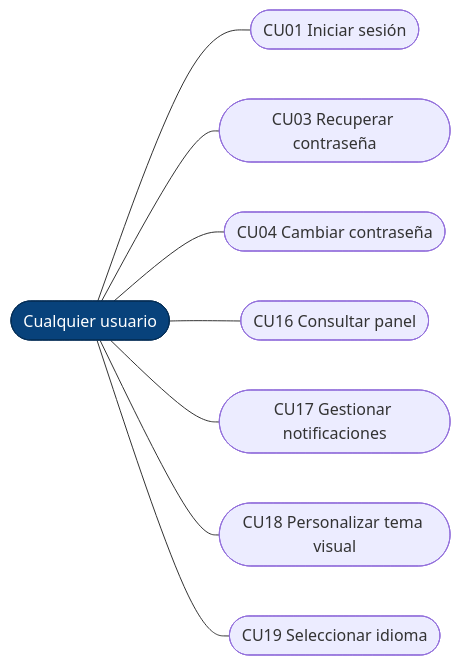
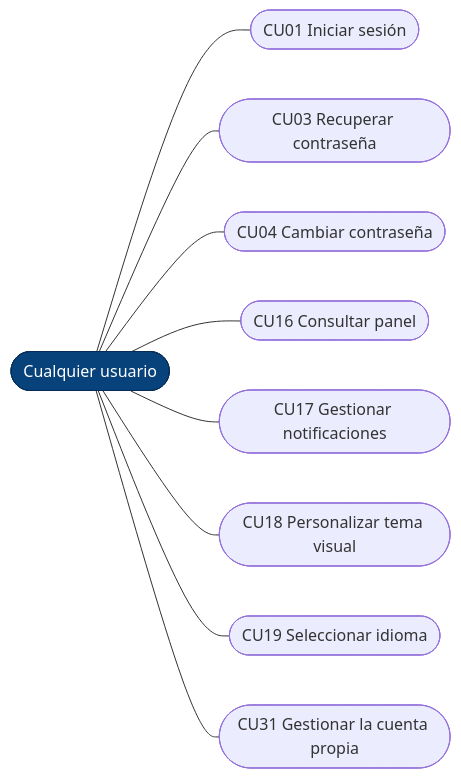
Before and after one commit to BrayanCABRERA123/lavarapido-docs: the first of 26 diagrams in 02_DOCUMENTACION_DE_ANALISIS_DEL_SOFTWARE/ES/MD/documentacion-de-analisis-del-software.md, drawn with Mermaid. The commit also changed other lines of this file and 1 other file, not shown here.

Commit message:
docs(analysis): add CU31 and CU32, the password recovery sequence and the user account states

````diff
--- a/02_DOCUMENTACION_DE_ANALISIS_DEL_SOFTWARE/ES/MD/documentacion-de-analisis-del-software.md
+++ b/02_DOCUMENTACION_DE_ANALISIS_DEL_SOFTWARE/ES/MD/documentacion-de-analisis-del-software.md
@@ -38,22 +38,24 @@
 ```mermaid
 flowchart LR
     Usuario(["Cualquier usuario"])
     CU01(["CU01 Iniciar sesión"])
     CU03(["CU03 Recuperar contraseña"])
     CU04(["CU04 Cambiar contraseña"])
     CU16(["CU16 Consultar panel"])
     CU17(["CU17 Gestionar notificaciones"])
     CU18(["CU18 Personalizar tema visual"])
     CU19(["CU19 Seleccionar idioma"])
+    CU31(["CU31 Gestionar la cuenta propia"])
 
     Usuario --- CU01
     Usuario --- CU03
     Usuario --- CU04
     Usuario --- CU16
     Usuario --- CU17
     Usuario --- CU18
     Usuario --- CU19
+    Usuario --- CU31
 
     classDef actor fill:#08427b,color:#fff,stroke:#052e56
     class Usuario actor
 ```
````
